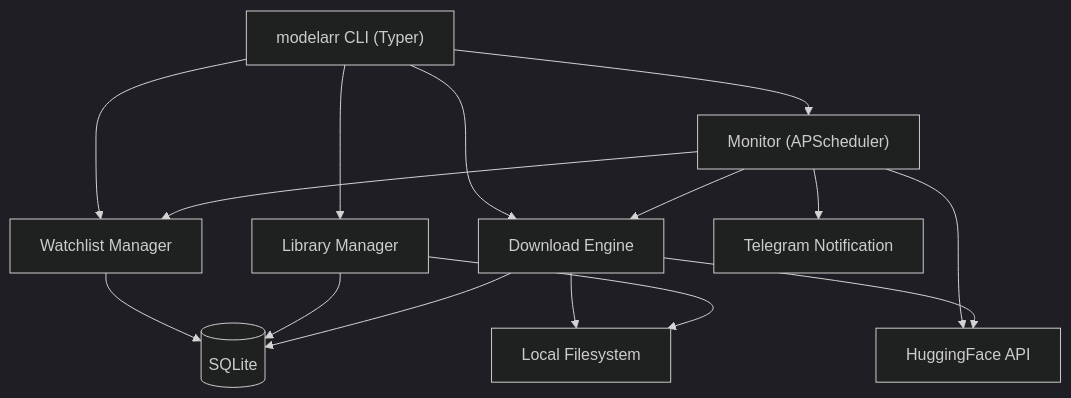
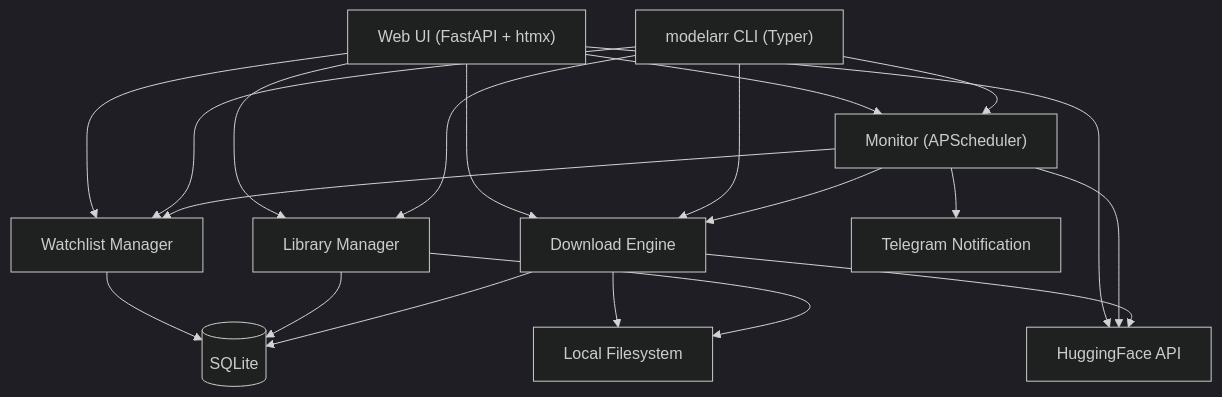
One commit to mmorris35/modelarr changed the diagram in DEVELOPMENT_PLAN.md. Above: the diagram before and after it, drawn with Mermaid (dark theme). The commit also changed other lines of this file and 1 other file, not shown here.

First line of the commit message:
docs: update brief and dev plan with web UI phases 7-10

````diff
--- a/DEVELOPMENT_PLAN.md
+++ b/DEVELOPMENT_PLAN.md
@@ -27,19 +27,25 @@
 ```mermaid
 flowchart TD
+    WEB["Web UI (FastAPI + htmx)"]
     CLI["modelarr CLI (Typer)"]
-    CLI --> WL["Watchlist Manager"]
-    CLI --> LIB["Library Manager"]
-    CLI --> DL["Download Engine"]
-    CLI --> MON["Monitor (APScheduler)"]
+    WEB --> WL["Watchlist Manager"]
+    WEB --> LIB["Library Manager"]
+    WEB --> DL["Download Engine"]
+    WEB --> MON["Monitor (APScheduler)"]
+    WEB --> HF
+    CLI --> WL
+    CLI --> LIB
+    CLI --> DL
+    CLI --> MON
 
     WL --> DB[("SQLite")]
     LIB --> DB
     DL --> DB
     MON --> WL
     MON --> HF["HuggingFace API"]
     MON --> DL
     DL --> HF
     DL --> FS["Local Filesystem"]
     LIB --> FS
     MON --> TG["Telegram Notification"]
 ```
````
